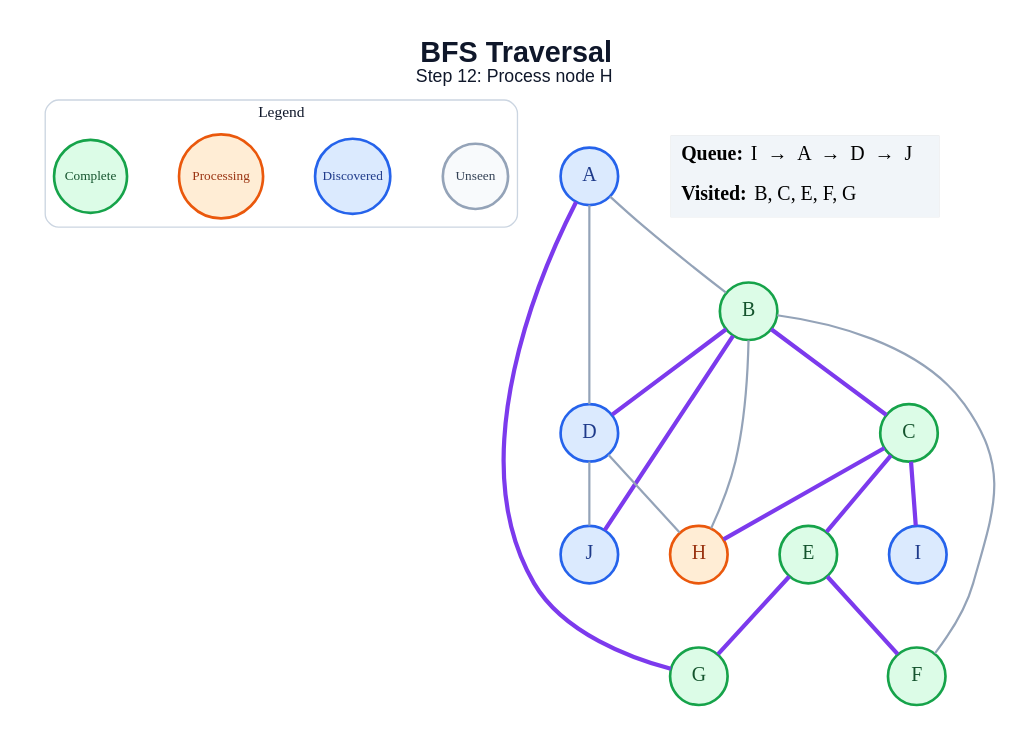
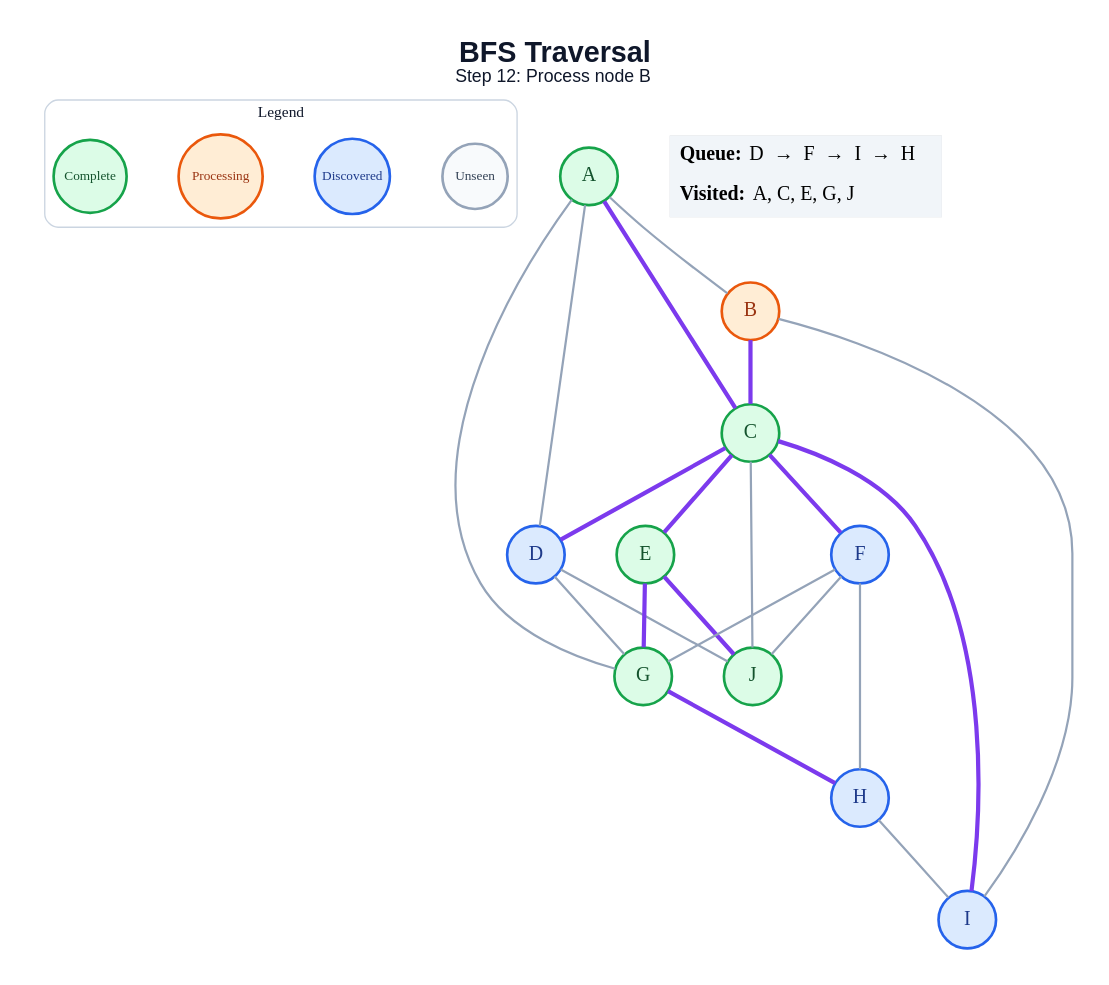
The diagram in generated/specific-node/bfs/step_12.dot (amanghodawala9/ai-slop), drawn with Graphviz before and after one commit. The commit also changed 178 other files, not shown here.

```diff
--- a/generated/specific-node/bfs/step_12.dot
+++ b/generated/specific-node/bfs/step_12.dot
@@ -1,44 +1,49 @@
 graph traversal {
   graph [layout=dot, rankdir=TB, bgcolor="#FFFFFF", pad="0.35", nodesep="0.65", ranksep="0.8", fontname="Arial"];
   node [shape=circle, style="filled", fontname="Arial Bold", fontsize=18, width=0.72, fixedsize=true, penwidth=2.4];
   edge [color="#94A3B8", penwidth=2.0];
-  label=<<B>BFS Traversal</B><BR/><FONT POINT-SIZE="16">Step 12: Process node H</FONT>>; labelloc="t"; fontsize=26; fontname="Arial"; fontcolor="#0F172A";
+  label=<<B>BFS Traversal</B><BR/><FONT POINT-SIZE="16">Step 12: Process node B</FONT>>; labelloc="t"; fontsize=26; fontname="Arial"; fontcolor="#0F172A";
   subgraph cluster_legend { label="Legend"; color="#CBD5E1"; penwidth=1.2; style="rounded"; fontsize=14; fontname="Arial Bold";
     key_unseen [label="Unseen", fillcolor="#F8FAFC", color="#94A3B8", fontcolor="#334155", fontsize=12, width=0.82];
     key_frontier [label="Discovered", fillcolor="#DBEAFE", color="#2563EB", fontcolor="#1E3A8A", fontsize=12, width=0.95];
     key_current [label="Processing", fillcolor="#FFEDD5", color="#EA580C", fontcolor="#9A3412", fontsize=12, width=1.05];
     key_done [label="Complete", fillcolor="#DCFCE7", color="#16A34A", fontcolor="#14532D", fontsize=12, width=0.92];
     { rank=same; key_unseen; key_frontier; key_current; key_done; }
   }
-  A [fillcolor="#DBEAFE", color="#2563EB", fontcolor="#1E3A8A"];
-  B [fillcolor="#DCFCE7", color="#16A34A", fontcolor="#14532D"];
+  A [fillcolor="#DCFCE7", color="#16A34A", fontcolor="#14532D"];
+  B [fillcolor="#FFEDD5", color="#EA580C", fontcolor="#9A3412"];
   C [fillcolor="#DCFCE7", color="#16A34A", fontcolor="#14532D"];
   D [fillcolor="#DBEAFE", color="#2563EB", fontcolor="#1E3A8A"];
   E [fillcolor="#DCFCE7", color="#16A34A", fontcolor="#14532D"];
-  F [fillcolor="#DCFCE7", color="#16A34A", fontcolor="#14532D"];
+  F [fillcolor="#DBEAFE", color="#2563EB", fontcolor="#1E3A8A"];
   G [fillcolor="#DCFCE7", color="#16A34A", fontcolor="#14532D"];
-  H [fillcolor="#FFEDD5", color="#EA580C", fontcolor="#9A3412"];
+  H [fillcolor="#DBEAFE", color="#2563EB", fontcolor="#1E3A8A"];
   I [fillcolor="#DBEAFE", color="#2563EB", fontcolor="#1E3A8A"];
-  J [fillcolor="#DBEAFE", color="#2563EB", fontcolor="#1E3A8A"];
+  J [fillcolor="#DCFCE7", color="#16A34A", fontcolor="#14532D"];
   A -- B;
+  A -- C [color="#7C3AED", penwidth=3.8];
   A -- D;
-  A -- G [color="#7C3AED", penwidth=3.8];
+  A -- G;
   B -- C [color="#7C3AED", penwidth=3.8];
-  B -- D [color="#7C3AED", penwidth=3.8];
-  B -- F;
-  B -- H;
-  B -- J [color="#7C3AED", penwidth=3.8];
+  B -- I;
+  C -- D [color="#7C3AED", penwidth=3.8];
   C -- E [color="#7C3AED", penwidth=3.8];
-  C -- H [color="#7C3AED", penwidth=3.8];
+  C -- F [color="#7C3AED", penwidth=3.8];
   C -- I [color="#7C3AED", penwidth=3.8];
-  D -- H;
+  C -- J;
+  D -- G;
   D -- J;
-  E -- F [color="#7C3AED", penwidth=3.8];
   E -- G [color="#7C3AED", penwidth=3.8];
+  E -- J [color="#7C3AED", penwidth=3.8];
+  F -- G;
+  F -- H;
+  F -- J;
+  G -- H [color="#7C3AED", penwidth=3.8];
+  H -- I;
   status [shape=plain, fixedsize=false, width=0, height=0, margin=0, label=<
     <TABLE BORDER="0" CELLBORDER="0" CELLPADDING="7" BGCOLOR="#F1F5F9">
-      <TR><TD ALIGN="LEFT"><B>Queue:</B> I  →  A  →  D  →  J</TD></TR>
-      <TR><TD ALIGN="LEFT"><B>Visited:</B> B, C, E, F, G</TD></TR>
+      <TR><TD ALIGN="LEFT"><B>Queue:</B> D  →  F  →  I  →  H</TD></TR>
+      <TR><TD ALIGN="LEFT"><B>Visited:</B> A, C, E, G, J</TD></TR>
     </TABLE>
   >];
 }
```
